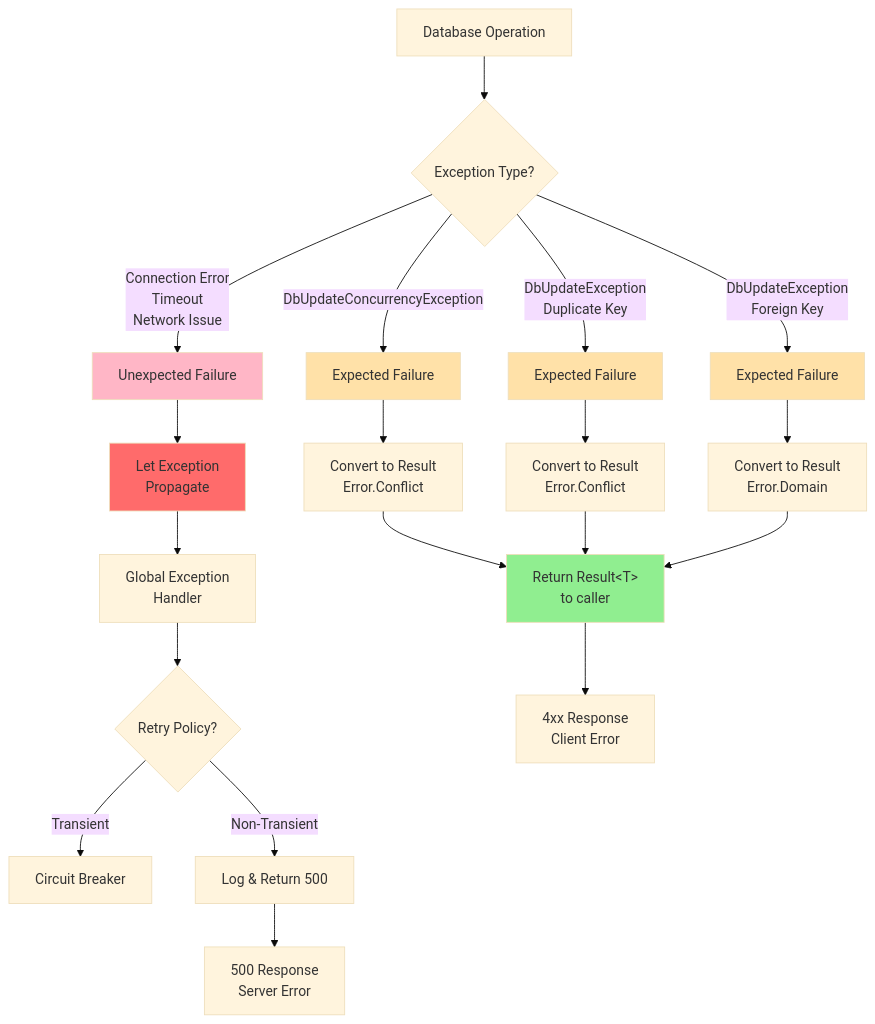
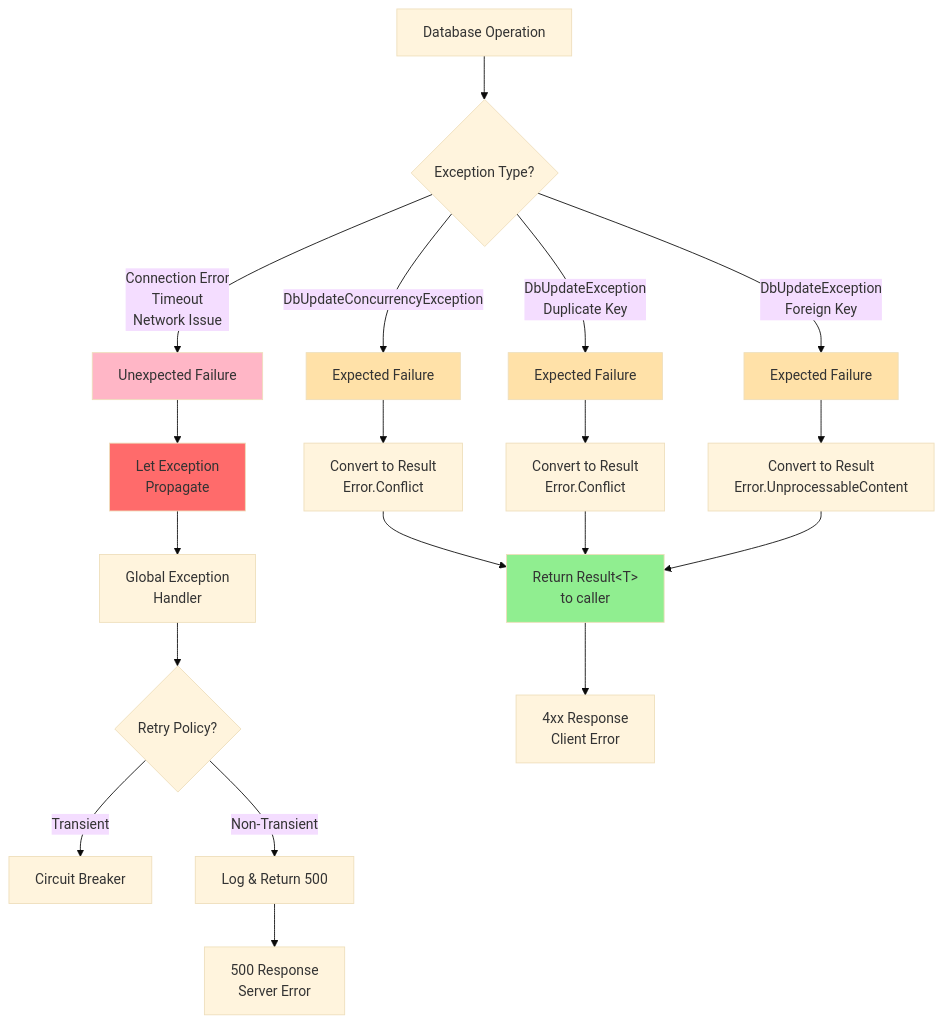
One commit to xavierjohn/Trellis changed the ninth of 18 diagrams in docs/DIAGRAMS.md. Above: the diagram before and after it, drawn with Mermaid (base theme). The commit also changed other lines of this file and 508 other files, not shown here.

````diff
--- a/docs/DIAGRAMS.md
+++ b/docs/DIAGRAMS.md
@@ -336,33 +336,33 @@
 ```mermaid
 flowchart TB
     START[Database Operation] --> CATCH{Exception Type?}
     
     CATCH -->|DbUpdateConcurrencyException| EXPECTED1[Expected Failure]
     CATCH -->|DbUpdateException<br/>Duplicate Key| EXPECTED2[Expected Failure]
     CATCH -->|DbUpdateException<br/>Foreign Key| EXPECTED3[Expected Failure]
     CATCH -->|Connection Error<br/>Timeout<br/>Network Issue| UNEXPECTED[Unexpected Failure]
     
     EXPECTED1 --> CONVERT1[Convert to Result<br/>Error.Conflict]
     EXPECTED2 --> CONVERT2[Convert to Result<br/>Error.Conflict]
-    EXPECTED3 --> CONVERT3[Convert to Result<br/>Error.Domain]
+    EXPECTED3 --> CONVERT3[Convert to Result<br/>Error.UnprocessableContent]
     
     CONVERT1 --> RETURN[Return Result&lt;T&gt;<br/>to caller]
     CONVERT2 --> RETURN
     CONVERT3 --> RETURN
     
     UNEXPECTED --> PROPAGATE[Let Exception<br/>Propagate]
     PROPAGATE --> GLOBAL[Global Exception<br/>Handler]
     GLOBAL --> RETRY{Retry Policy?}
     RETRY -->|Transient| CIRCUIT[Circuit Breaker]
     RETRY -->|Non-Transient| LOG[Log & Return 500]
     
     RETURN --> HTTP_4XX[4xx Response<br/>Client Error]
     LOG --> HTTP_500[500 Response<br/>Server Error]
     
     style EXPECTED1 fill:#FFE1A8
     style EXPECTED2 fill:#FFE1A8
     style EXPECTED3 fill:#FFE1A8
     style UNEXPECTED fill:#FFB6C6
     style RETURN fill:#90EE90
     style PROPAGATE fill:#FF6B6B
 ```
````
